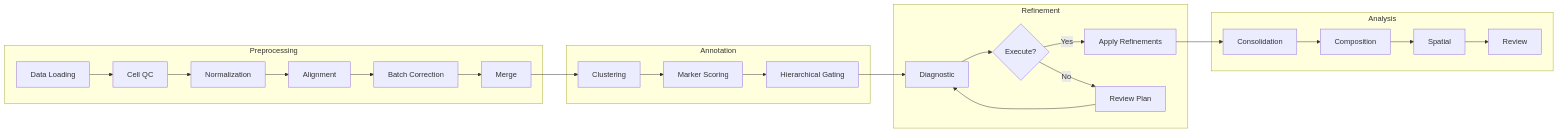
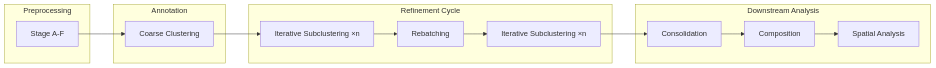
The first of 3 diagrams in celltype-refinery-docs/docs/intro.md (kuang-da/CellType-Refinery), drawn with Mermaid before and after one commit. The commit also changed other lines of this file, not shown here.

Commit message:
docs: update Pipeline Architecture to match actual FT workflow
- Replace generic pipeline with actual stage flow:
  Preprocessing → Coarse Clustering → Iterative Subclustering ×n →
  Rebatching → Iterative Subclustering ×n → Consolidation →
  Composition → Spatial Analysis
- Add separate Preprocessing Details diagram (Data Loading → Cell QC →
  Normalization → Alignment → Batch Correction → Data Merge)
- Remove Review stage from pipeline (not part of production workflow)
- Use correct terminology: Coarse Clustering (H), Iterative Subclustering (I),
  Rebatching (J), Consolidation (N), Spatial Analysis (L)

🤖 Generated with [Claude Code](https://claude.com/claude-code)

````diff
--- a/celltype-refinery-docs/docs/intro.md
+++ b/celltype-refinery-docs/docs/intro.md
@@ -16,31 +16,24 @@
 ```mermaid
 flowchart LR
-    subgraph Preprocessing
-        A[Data Loading] --> B[Cell QC]
-        B --> C[Normalization]
-        C --> D[Alignment]
-        D --> E[Batch Correction]
-        E --> F[Merge]
+    subgraph prep[Preprocessing]
+        PRE[Stage A-F]
     end
 
-    subgraph Annotation
-        F --> G[Clustering]
-        G --> H[Marker Scoring]
-        H --> I[Hierarchical Gating]
+    subgraph annotation[Annotation]
+        H[Coarse Clustering]
     end
 
-    subgraph Refinement
-        I --> J[Diagnostic]
-        J --> K{Execute?}
-        K -->|Yes| L[Apply Refinements]
-        K -->|No| M[Review Plan]
-        M --> J
+    subgraph refinement[Refinement Cycle]
+        I1["Iterative Subclustering ×n"] --> J[Rebatching]
+        J --> I2["Iterative Subclustering ×n"]
     end
 
-    subgraph Analysis
-        L --> N[Consolidation]
-        N --> O[Composition]
-        O --> P[Spatial]
-        P --> Q[Review]
+    subgraph analysis[Downstream Analysis]
+        N[Consolidation] --> COMP[Composition]
+        COMP --> L[Spatial Analysis]
     end
+
+    PRE --> H
+    H --> I1
+    I2 --> N
 ```
````
